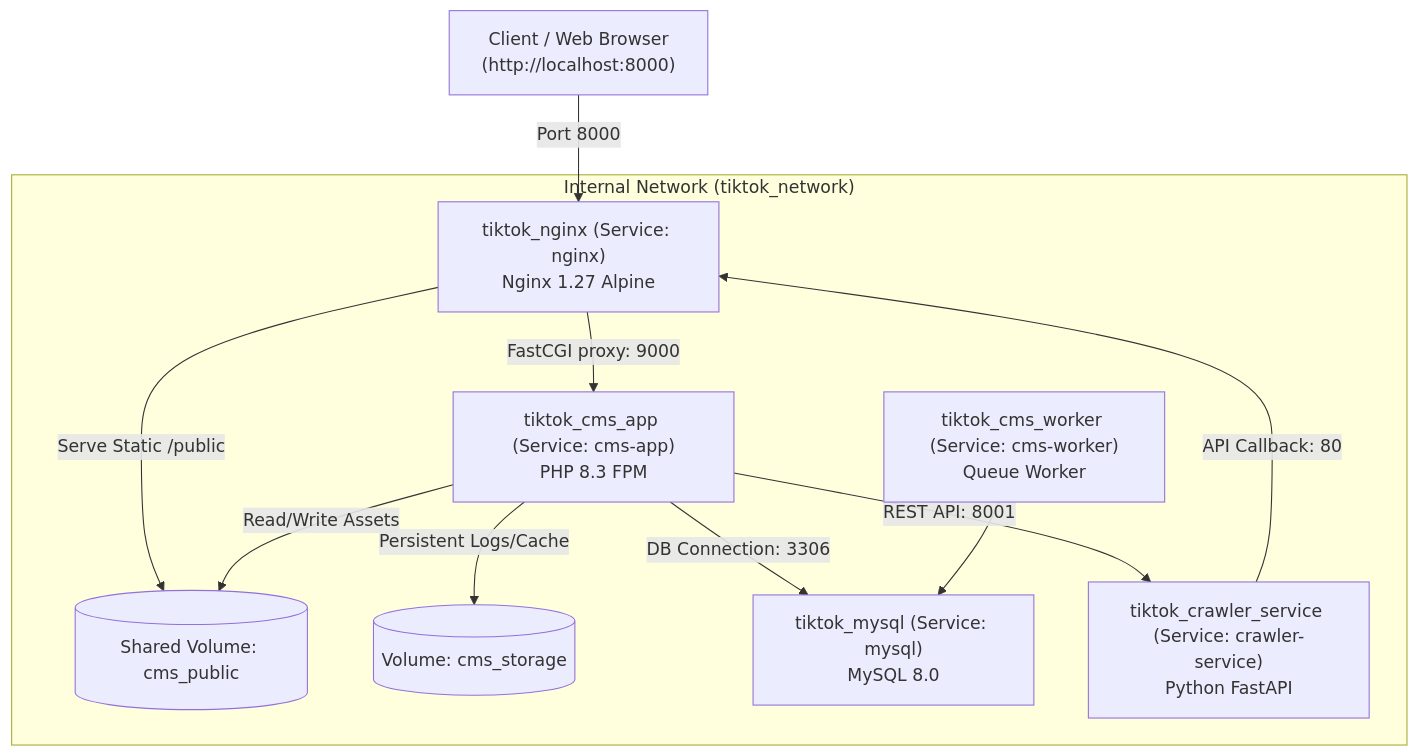
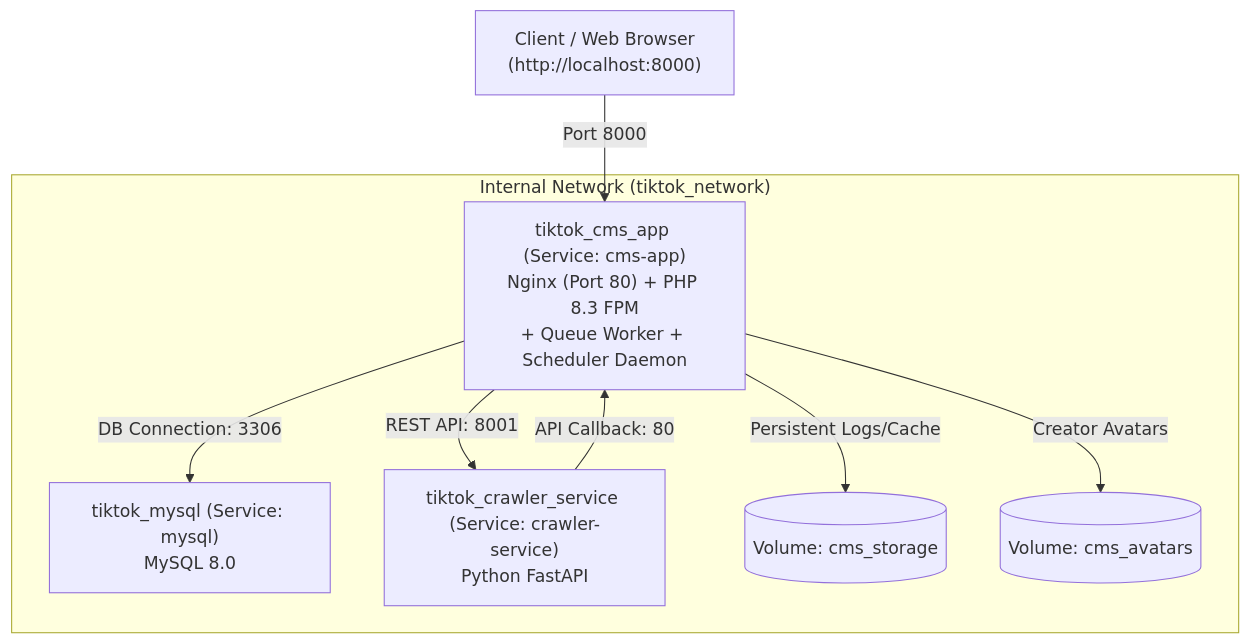
Before and after one commit to NQuangHuyZ31/TIKTOK-CRAWLER-CMS: the diagram in docs/deployment/docker-guide.md, drawn with Mermaid. The commit also changed other lines of this file and 6 other files, not shown here.

Commit message:
feat: containerize cms application with all-in-one docker setup and Nginx integration

````diff
--- a/docs/deployment/docker-guide.md
+++ b/docs/deployment/docker-guide.md
@@ -19,15 +17,12 @@
 ```mermaid
 flowchart TD
-    Client["Client / Web Browser<br/>(http://localhost:8000)"] -->|Port 8000| NGINX["tiktok_nginx (Service: nginx)<br/>Nginx 1.27 Alpine"]
+    Client["Client / Web Browser<br/>(http://localhost:8000)"] -->|Port 8000| CMS["tiktok_cms_app (Service: cms-app)<br/>Nginx (Port 80) + PHP 8.3 FPM<br/>+ Queue Worker + Scheduler Daemon"]
     
     subgraph "Internal Network (tiktok_network)"
-        NGINX -->|Serve Static /public| VOL_PUB[("Shared Volume: cms_public")]
-        NGINX -->|FastCGI proxy: 9000| CMS["tiktok_cms_app (Service: cms-app)<br/>PHP 8.3 FPM"]
-        CMS -->|Read/Write Assets| VOL_PUB
-        CMS -->|Persistent Logs/Cache| VOL_STORAGE[("Volume: cms_storage")]
         CMS -->|DB Connection: 3306| MYSQL["tiktok_mysql (Service: mysql)<br/>MySQL 8.0"]
         CMS -->|REST API: 8001| CRAWLER["tiktok_crawler_service (Service: crawler-service)<br/>Python FastAPI"]
-        CRAWLER -->|API Callback: 80| NGINX
-        WORKER["tiktok_cms_worker (Service: cms-worker)<br/>Queue Worker"] --> MYSQL
+        CRAWLER -->|API Callback: 80| CMS
+        CMS -->|Persistent Logs/Cache| VOL_STORAGE[("Volume: cms_storage")]
+        CMS -->|Creator Avatars| VOL_AVATARS[("Volume: cms_avatars")]
     end
 ```
````
